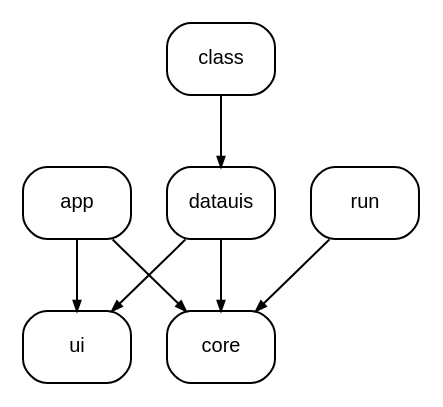
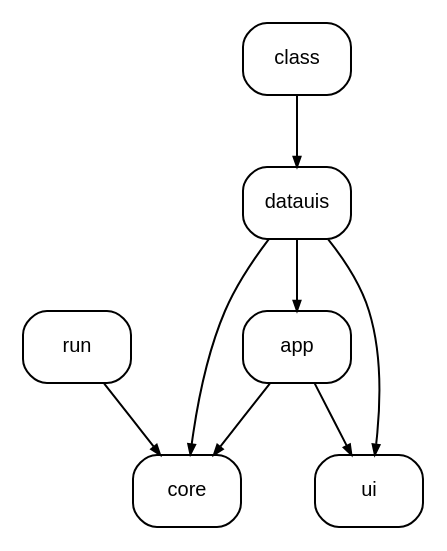
Before and after one commit to m-bock/purescript-interactive-data: the diagram in assets/local-packages-graph.dot, drawn with Graphviz. The commit also changed 11 other files, not shown here.

```diff
--- a/assets/local-packages-graph.dot
+++ b/assets/local-packages-graph.dot
@@ -1,19 +1,20 @@
 digraph G {
   node [
     shape=rect;
     style=rounded;
     fontname="Arial"
     fontsize="10"
   ];
   
   edge [
     arrowsize=0.5
   ];
   
   datauis -> ui;
   datauis -> core;
+  datauis -> app;
   class -> datauis;
   run -> core;
   app -> core;
   app -> ui;
 }
```
